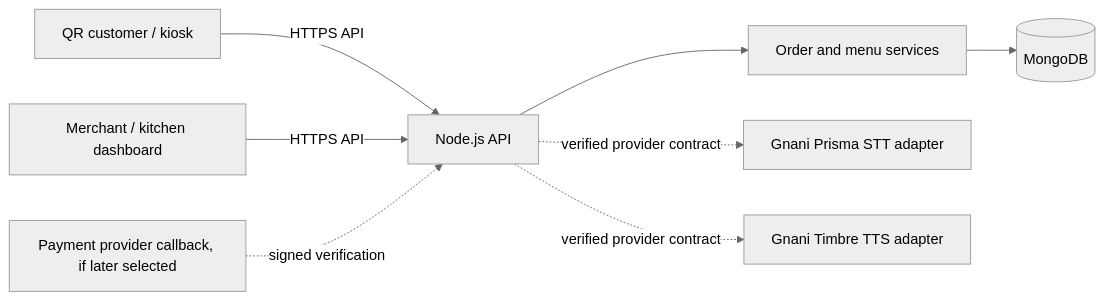
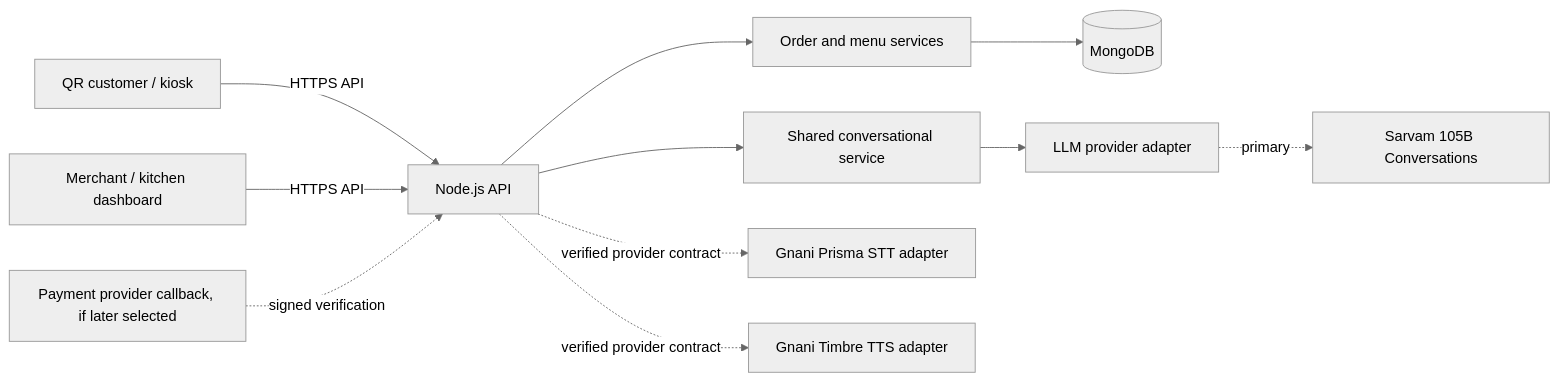
The diagram in docs/ARCHITECTURE.md (ayush8771/voice-ordering-platform), drawn with Mermaid (neutral theme) before and after one commit. The commit also changed other lines of this file and 84 other files, not shown here.

````diff
--- a/docs/ARCHITECTURE.md
+++ b/docs/ARCHITECTURE.md
@@ -7,10 +7,13 @@
 ```mermaid
 flowchart LR
   C[QR customer / kiosk] -->|HTTPS API| API[Node.js API]
   M[Merchant / kitchen dashboard] -->|HTTPS API| API
   API --> S[Order and menu services]
   S --> DB[(MongoDB)]
+  API --> CONV[Shared conversational service]
+  CONV --> LLM[LLM provider adapter]
+  LLM -. primary .-> SARVAM[Sarvam 105B Conversations]
   API -. verified provider contract .-> STT[Gnani Prisma STT adapter]
   API -. verified provider contract .-> TTS[Gnani Timbre TTS adapter]
   PAY[Payment provider callback, if later selected] -. signed verification .-> API
 ```
````
